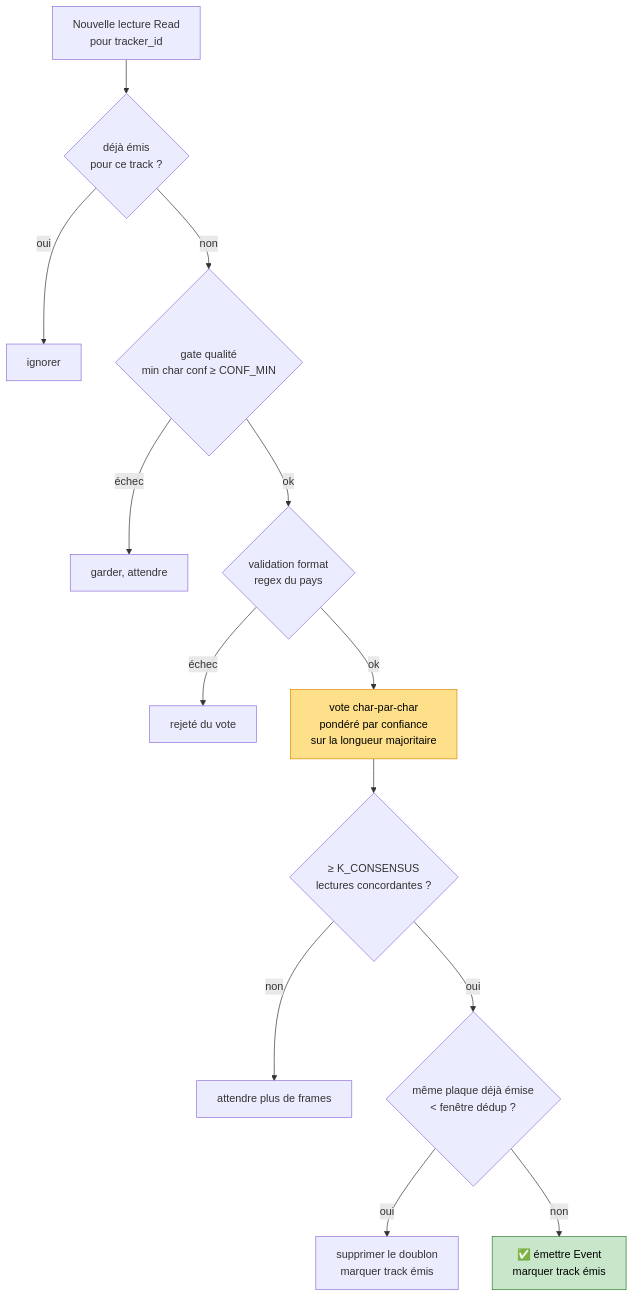
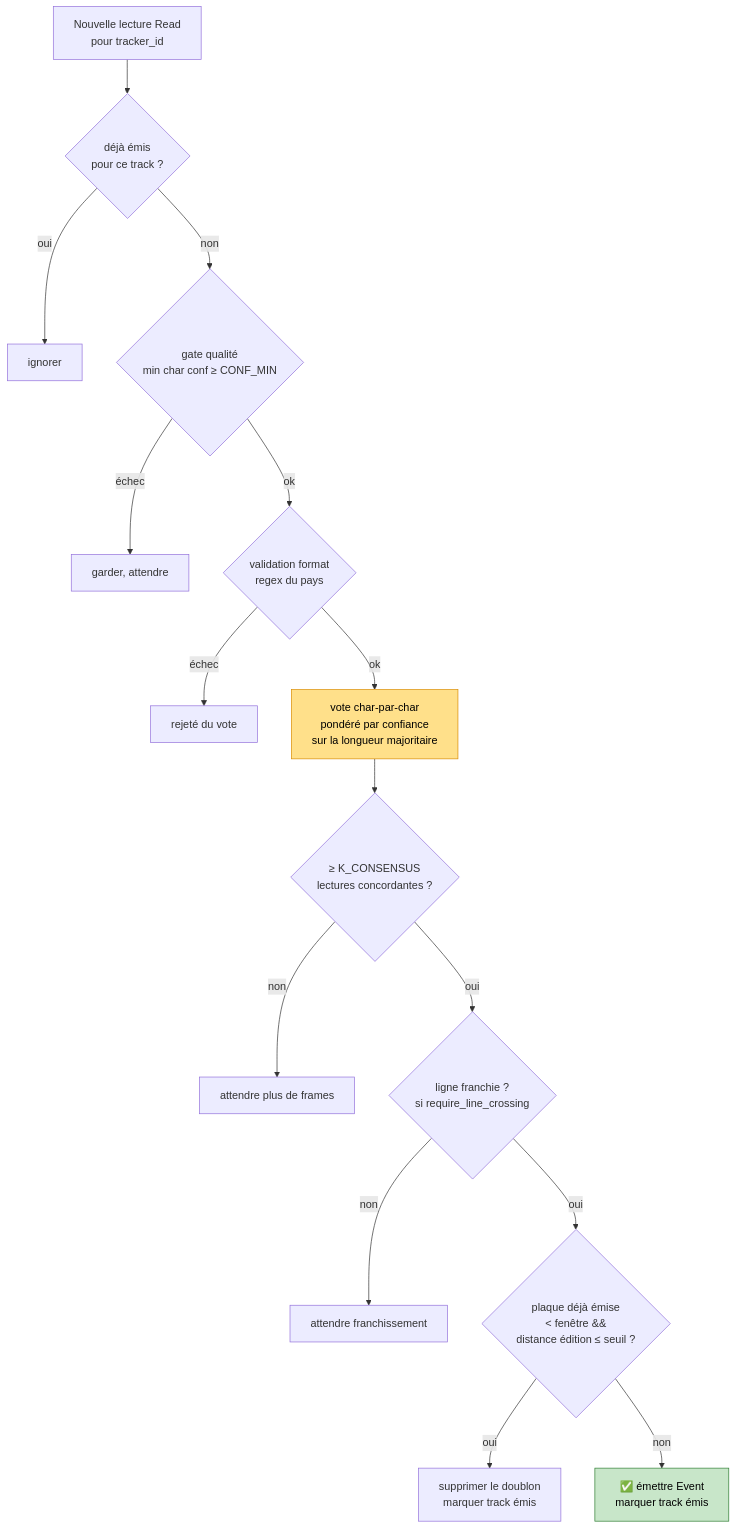
One commit to JordanLacroix/plate-recognition changed the second of 2 diagrams in docs/PIPELINE.md. Above: the diagram before and after it, drawn with Mermaid. The commit also changed other lines of this file and 21 other files, not shown here.

````diff
--- a/docs/PIPELINE.md
+++ b/docs/PIPELINE.md
@@ -81,18 +81,20 @@
 ```mermaid
 flowchart TD
     R[Nouvelle lecture Read<br/>pour tracker_id] --> EM{déjà émis<br/>pour ce track ?}
     EM -->|oui| STOP1[ignorer]
     EM -->|non| GATE{gate qualité<br/>min char conf ≥ CONF_MIN}
     GATE -->|échec| WAIT1[garder, attendre]
     GATE -->|ok| FMT{validation format<br/>regex du pays}
     FMT -->|échec| WAIT2[rejeté du vote]
     FMT -->|ok| VOTE[vote char-par-char<br/>pondéré par confiance<br/>sur la longueur majoritaire]
     VOTE --> DEB{≥ K_CONSENSUS<br/>lectures concordantes ?}
     DEB -->|non| WAIT3[attendre plus de frames]
-    DEB -->|oui| DEDUP{même plaque déjà émise<br/>< fenêtre dédup ?}
+    DEB -->|oui| CROSS{ligne franchie ?<br/>si require_line_crossing}
+    CROSS -->|non| WAIT4[attendre franchissement]
+    CROSS -->|oui| DEDUP{plaque déjà émise<br/>< fenêtre &&<br/>distance édition ≤ seuil ?}
     DEDUP -->|oui| SUP[supprimer le doublon<br/>marquer track émis]
     DEDUP -->|non| EMIT[✅ émettre Event<br/>marquer track émis]
 
     style EMIT fill:#c8e6c9,stroke:#2e7d32,color:#000
     style VOTE fill:#ffe08a,stroke:#d98b00,color:#000
 ```
````
